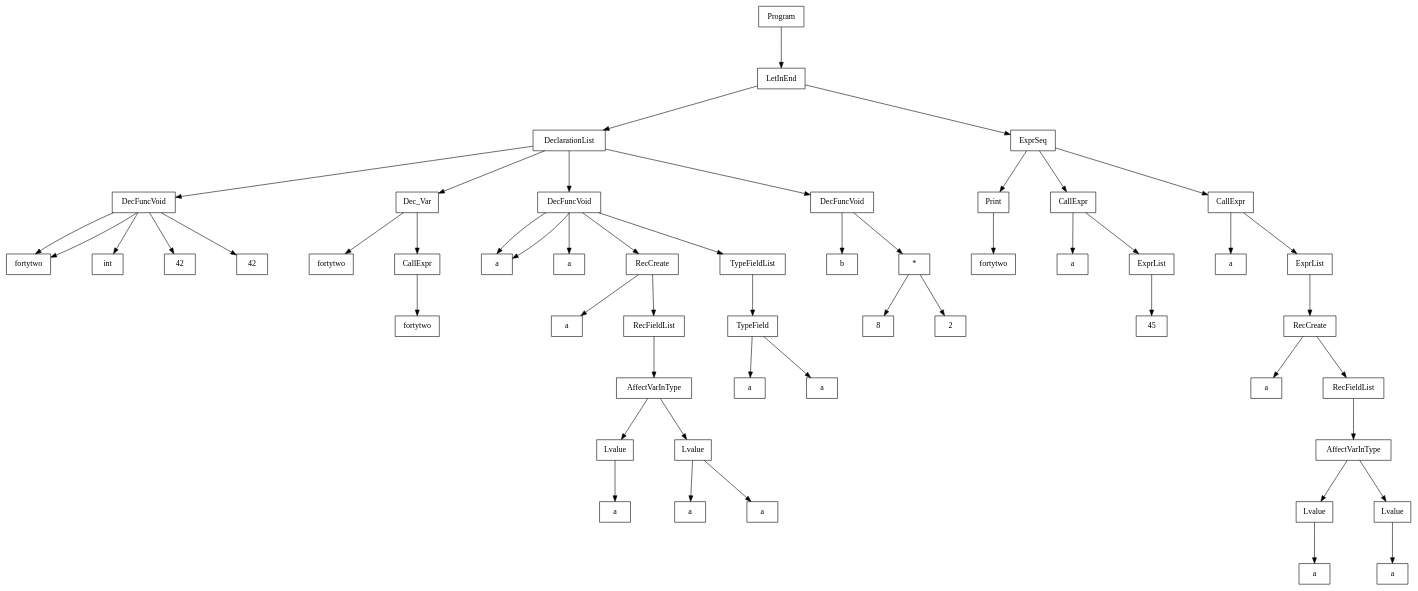
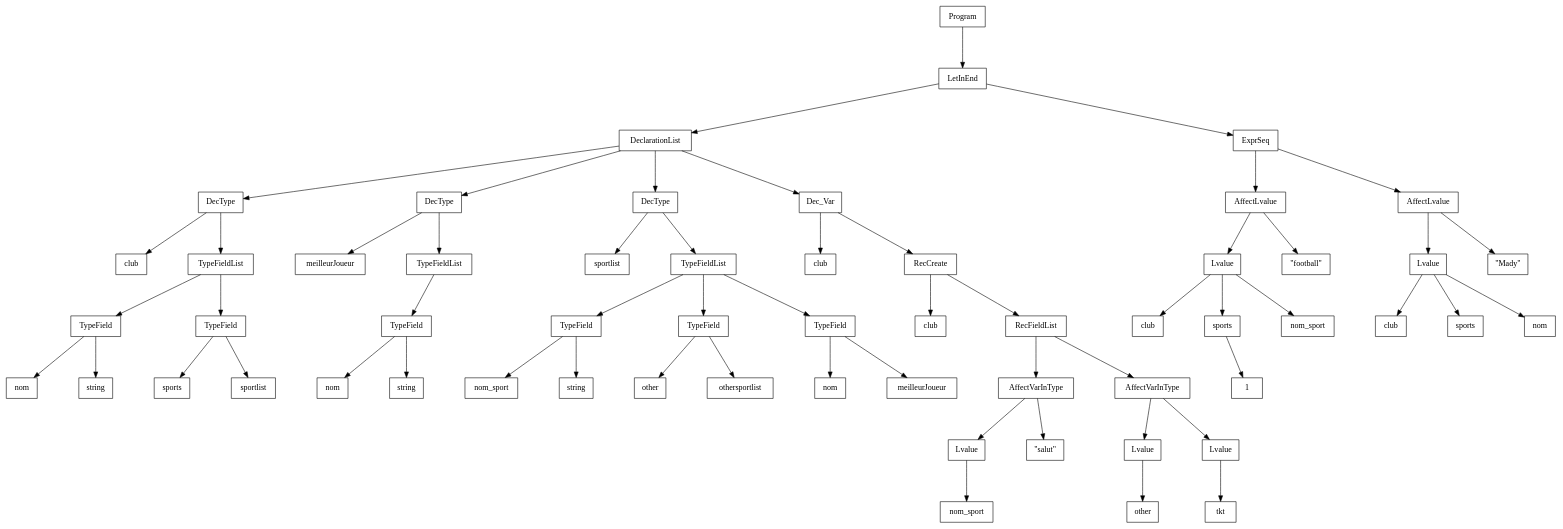
Before and after one commit to smarsou/compiler-syntax-semantic-analysis: the diagram in out/tree.dot, drawn with Graphviz. The commit also changed 11 other files, not shown here.

```diff
--- a/out/tree.dot
+++ b/out/tree.dot
@@ -1,110 +1,122 @@
 digraph "ast"{
 
 	nodesep=1;
 	ranksep=1;
 
 	N0 [label="Program", shape="box"];
 	N1 [label="LetInEnd", shape="box"];
 	N2 [label="DeclarationList", shape="box"];
-	N3 [label="DecFuncVoid", shape="box"];
-	N4 [label="fortytwo", shape="box"];
-	N5 [label="int", shape="box"];
-	N6 [label="42", shape="box"];
-	N7 [label="42", shape="box"];
-	N8 [label="Dec_Var", shape="box"];
-	N9 [label="fortytwo", shape="box"];
-	N10 [label="CallExpr", shape="box"];
-	N11 [label="fortytwo", shape="box"];
-	N12 [label="DecFuncVoid", shape="box"];
-	N13 [label="a", shape="box"];
-	N14 [label="a", shape="box"];
-	N15 [label="RecCreate", shape="box"];
-	N16 [label="a", shape="box"];
-	N17 [label="RecFieldList", shape="box"];
-	N19 [label="Lvalue", shape="box"];
-	N20 [label="a", shape="box"];
-	N21 [label="Lvalue", shape="box"];
-	N22 [label="a", shape="box"];
-	N23 [label="a", shape="box"];
-	N18 [label="AffectVarInType", shape="box"];
-	N24 [label="TypeFieldList", shape="box"];
-	N25 [label="TypeField", shape="box"];
-	N26 [label="a", shape="box"];
-	N27 [label="a", shape="box"];
-	N28 [label="DecFuncVoid", shape="box"];
-	N29 [label="b", shape="box"];
-	N31 [label="8", shape="box"];
-	N32 [label="2", shape="box"];
-	N30 [label="*", shape="box"];
-	N33 [label="ExprSeq", shape="box"];
-	N35 [label="fortytwo", shape="box"];
-	N34 [label="Print", shape="box"];
-	N36 [label="CallExpr", shape="box"];
-	N37 [label="a", shape="box"];
-	N38 [label="ExprList", shape="box"];
-	N39 [label="45", shape="box"];
-	N40 [label="CallExpr", shape="box"];
-	N41 [label="a", shape="box"];
-	N42 [label="ExprList", shape="box"];
-	N43 [label="RecCreate", shape="box"];
-	N44 [label="a", shape="box"];
-	N45 [label="RecFieldList", shape="box"];
-	N47 [label="Lvalue", shape="box"];
-	N48 [label="a", shape="box"];
-	N49 [label="Lvalue", shape="box"];
-	N50 [label="a", shape="box"];
-	N46 [label="AffectVarInType", shape="box"];
+	N3 [label="DecType", shape="box"];
+	N4 [label="club", shape="box"];
+	N5 [label="TypeFieldList", shape="box"];
+	N6 [label="TypeField", shape="box"];
+	N7 [label="nom", shape="box"];
+	N8 [label="string", shape="box"];
+	N9 [label="TypeField", shape="box"];
+	N10 [label="sports", shape="box"];
+	N11 [label="sportlist", shape="box"];
+	N12 [label="DecType", shape="box"];
+	N13 [label="meilleurJoueur", shape="box"];
+	N14 [label="TypeFieldList", shape="box"];
+	N15 [label="TypeField", shape="box"];
+	N16 [label="nom", shape="box"];
+	N17 [label="string", shape="box"];
+	N18 [label="DecType", shape="box"];
+	N19 [label="sportlist", shape="box"];
+	N20 [label="TypeFieldList", shape="box"];
+	N21 [label="TypeField", shape="box"];
+	N22 [label="nom_sport", shape="box"];
+	N23 [label="string", shape="box"];
+	N24 [label="TypeField", shape="box"];
+	N25 [label="other", shape="box"];
+	N26 [label="othersportlist", shape="box"];
+	N27 [label="TypeField", shape="box"];
+	N28 [label="nom", shape="box"];
+	N29 [label="meilleurJoueur", shape="box"];
+	N30 [label="Dec_Var", shape="box"];
+	N31 [label="club", shape="box"];
+	N32 [label="RecCreate", shape="box"];
+	N33 [label="club", shape="box"];
+	N34 [label="RecFieldList", shape="box"];
+	N36 [label="Lvalue", shape="box"];
+	N37 [label="nom_sport", shape="box"];
+	N38 [label="\"salut\"", shape="box"];
+	N35 [label="AffectVarInType", shape="box"];
+	N40 [label="Lvalue", shape="box"];
+	N41 [label="other", shape="box"];
+	N42 [label="Lvalue", shape="box"];
+	N43 [label="tkt", shape="box"];
+	N39 [label="AffectVarInType", shape="box"];
+	N44 [label="ExprSeq", shape="box"];
+	N45 [label="AffectLvalue", shape="box"];
+	N46 [label="Lvalue", shape="box"];
+	N47 [label="club", shape="box"];
+	N48 [label="sports", shape="box"];
+	N49 [label="1", shape="box"];
+	N50 [label="nom_sport", shape="box"];
+	N51 [label="\"football\"", shape="box"];
+	N52 [label="AffectLvalue", shape="box"];
+	N53 [label="Lvalue", shape="box"];
+	N54 [label="club", shape="box"];
+	N55 [label="sports", shape="box"];
+	N56 [label="nom", shape="box"];
+	N57 [label="\"Mady\"", shape="box"];
 
+	N6 -> N7; 
+	N6 -> N8; 
+	N5 -> N6; 
+	N9 -> N10; 
+	N9 -> N11; 
+	N5 -> N9; 
 	N3 -> N4; 
-	N3 -> N4; 
-	N3 -> N7; 
 	N3 -> N5; 
-	N3 -> N6; 
 	N2 -> N3; 
-	N10 -> N11; 
-	N8 -> N9; 
-	N8 -> N10; 
-	N2 -> N8; 
+	N15 -> N16; 
+	N15 -> N17; 
+	N14 -> N15; 
 	N12 -> N13; 
-	N19 -> N20; 
+	N12 -> N14; 
+	N2 -> N12; 
 	N21 -> N22; 
 	N21 -> N23; 
+	N20 -> N21; 
+	N24 -> N25; 
+	N24 -> N26; 
+	N20 -> N24; 
+	N27 -> N28; 
+	N27 -> N29; 
+	N20 -> N27; 
 	N18 -> N19; 
-	N18 -> N21; 
-	N17 -> N18; 
-	N15 -> N16; 
-	N15 -> N17; 
-	N12 -> N13; 
-	N25 -> N26; 
-	N25 -> N27; 
-	N24 -> N25; 
-	N12 -> N24; 
-	N12 -> N14; 
-	N12 -> N15; 
-	N2 -> N12; 
+	N18 -> N20; 
+	N2 -> N18; 
+	N36 -> N37; 
+	N35 -> N36; 
+	N35 -> N38; 
+	N34 -> N35; 
+	N40 -> N41; 
+	N42 -> N43; 
+	N39 -> N40; 
+	N39 -> N42; 
+	N34 -> N39; 
+	N32 -> N33; 
+	N32 -> N34; 
 	N30 -> N31; 
 	N30 -> N32; 
-	N28 -> N29; 
-	N28 -> N30; 
-	N2 -> N28; 
+	N2 -> N30; 
 	N1 -> N2; 
-	N34 -> N35; 
-	N33 -> N34; 
-	N36 -> N37; 
-	N38 -> N39; 
-	N36 -> N38; 
-	N33 -> N36; 
-	N40 -> N41; 
-	N47 -> N48; 
-	N49 -> N50; 
 	N46 -> N47; 
-	N46 -> N49; 
+	N48 -> N49; 
+	N46 -> N48; 
+	N46 -> N50; 
 	N45 -> N46; 
-	N43 -> N44; 
-	N43 -> N45; 
-	N42 -> N43; 
-	N40 -> N42; 
-	N33 -> N40; 
-	N1 -> N33; 
+	N45 -> N51; 
+	N44 -> N45; 
+	N53 -> N54; 
+	N53 -> N55; 
+	N53 -> N56; 
+	N52 -> N53; 
+	N52 -> N57; 
+	N44 -> N52; 
+	N1 -> N44; 
 	N0 -> N1; 
 }
```
